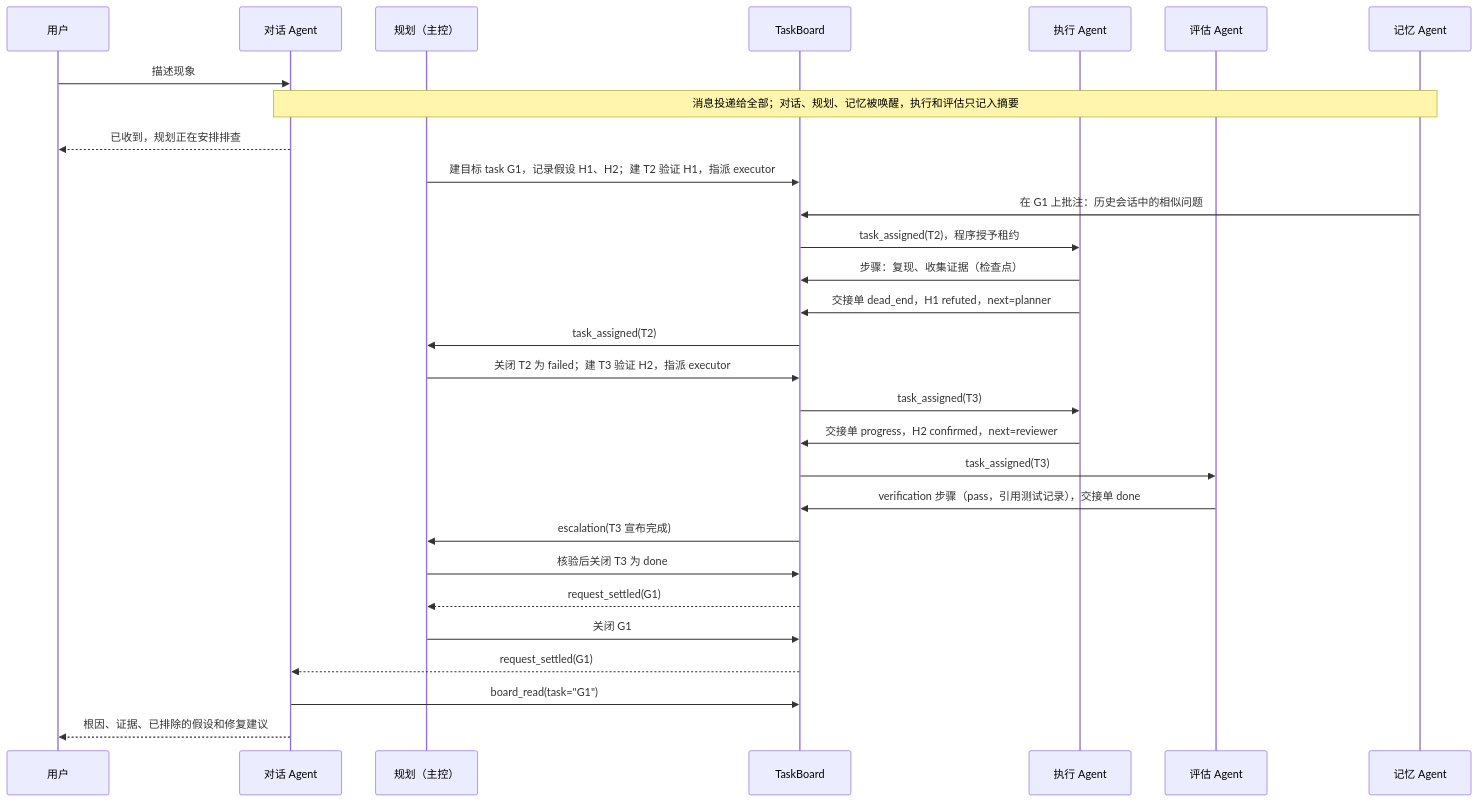
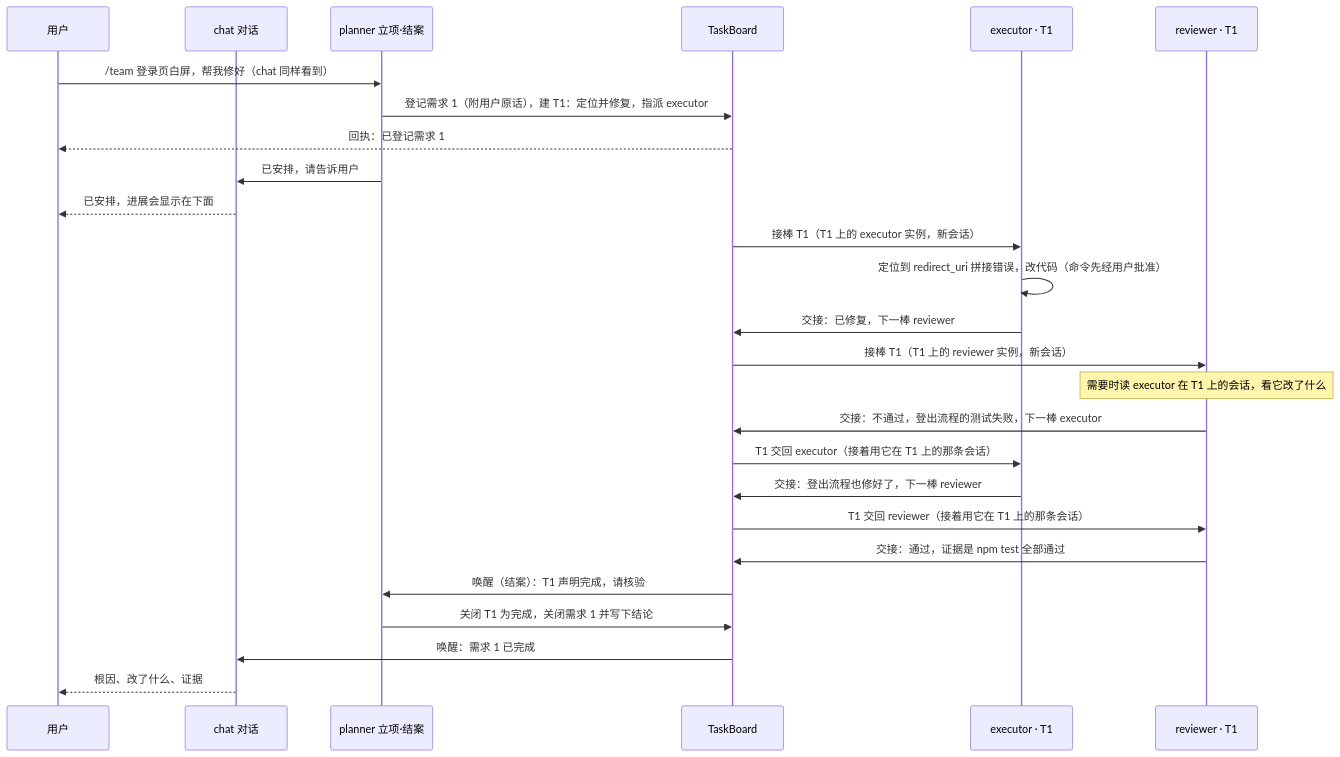
One commit to HoldThatThgt/mori changed the third of 7 diagrams in docs/proposals/parallel-agents-taskboard.md. Above: the diagram before and after it, drawn with Mermaid. The commit also changed other lines of this file and 4 other files, not shown here.

````diff
--- a/docs/proposals/parallel-agents-taskboard.md
+++ b/docs/proposals/parallel-agents-taskboard.md
@@ -644,31 +127,28 @@
 ```mermaid
 sequenceDiagram
     participant U as 用户
-    participant C as 对话 Agent
-    participant P as 规划（主控）
-    participant TB as TaskBoard
-    participant E as 执行 Agent
-    participant R as 评估 Agent
-    participant M as 记忆 Agent
-    U->>C: 描述现象
-    Note over C,M: 消息投递给全部；对话、规划、记忆被唤醒，执行和评估只记入摘要
-    C-->>U: 已收到，规划正在安排排查
-    P->>TB: 建目标 task G1，记录假设 H1、H2；建 T2 验证 H1，指派 executor
-    M->>TB: 在 G1 上批注：历史会话中的相似问题
-    TB->>E: task_assigned(T2)，程序授予租约
-    E->>TB: 步骤：复现、收集证据（检查点）
-    E->>TB: 交接单 dead_end，H1 refuted，next=planner
-    TB->>P: task_assigned(T2)
-    P->>TB: 关闭 T2 为 failed；建 T3 验证 H2，指派 executor
-    TB->>E: task_assigned(T3)
-    E->>TB: 交接单 progress，H2 confirmed，next=reviewer
-    TB->>R: task_assigned(T3)
-    R->>TB: verification 步骤（pass，引用测试记录），交接单 done
-    TB->>P: escalation(T3 宣布完成)
-    P->>TB: 核验后关闭 T3 为 done
-    TB-->>P: request_settled(G1)
-    P->>TB: 关闭 G1
-    TB-->>C: request_settled(G1)
-    C->>TB: board_read(task="G1")
-    C-->>U: 根因、证据、已排除的假设和修复建议
+    participant D as chat 对话
+    participant P as planner 立项·结案
+    participant B as TaskBoard
+    participant E as executor · T1
+    participant R as reviewer · T1
+    U->>P: /team 登录页白屏，帮我修好（chat 同样看到）
+    P->>B: 登记需求 1（附用户原话），建 T1：定位并修复，指派 executor
+    B-->>U: 回执：已登记需求 1
+    P->>D: 已安排，请告诉用户
+    D-->>U: 已安排，进展会显示在下面
+    B->>E: 接棒 T1（T1 上的 executor 实例，新会话）
+    E->>E: 定位到 redirect_uri 拼接错误，改代码（命令先经用户批准）
+    E->>B: 交接：已修复，下一棒 reviewer
+    B->>R: 接棒 T1（T1 上的 reviewer 实例，新会话）
+    Note over R: 需要时读 executor 在 T1 上的会话，看它改了什么
+    R->>B: 交接：不通过，登出流程的测试失败，下一棒 executor
+    B->>E: T1 交回 executor（接着用它在 T1 上的那条会话）
+    E->>B: 交接：登出流程也修好了，下一棒 reviewer
+    B->>R: T1 交回 reviewer（接着用它在 T1 上的那条会话）
+    R->>B: 交接：通过，证据是 npm test 全部通过
+    B->>P: 唤醒（结案）：T1 声明完成，请核验
+    P->>B: 关闭 T1 为完成，关闭需求 1 并写下结论
+    B->>D: 唤醒：需求 1 已完成
+    D-->>U: 根因、改了什么、证据
 ```
````
